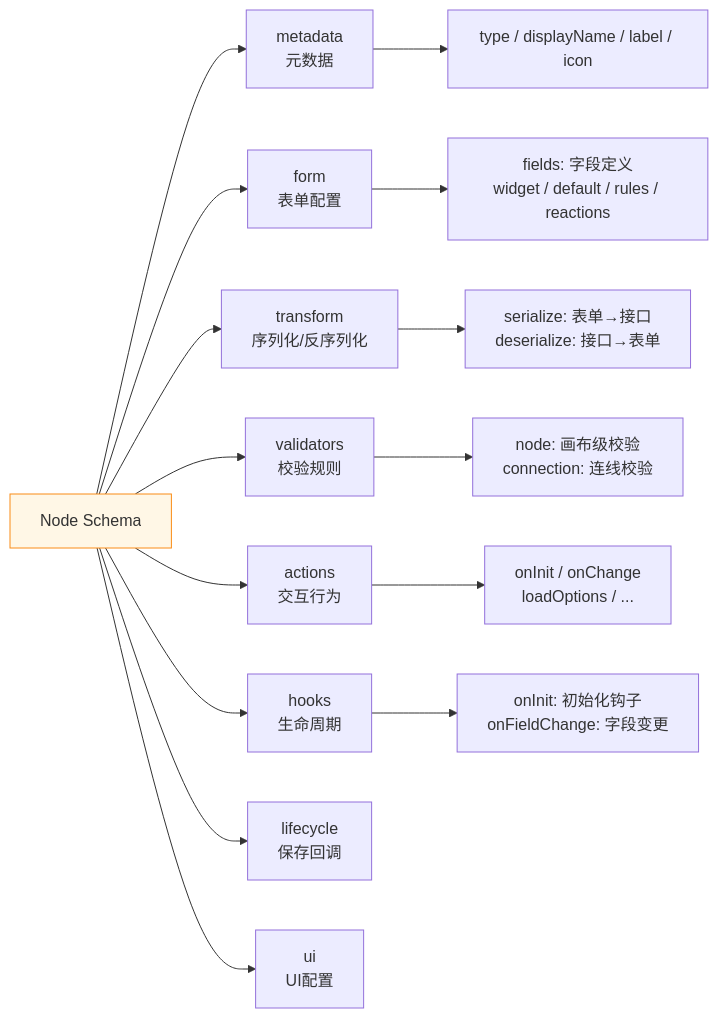
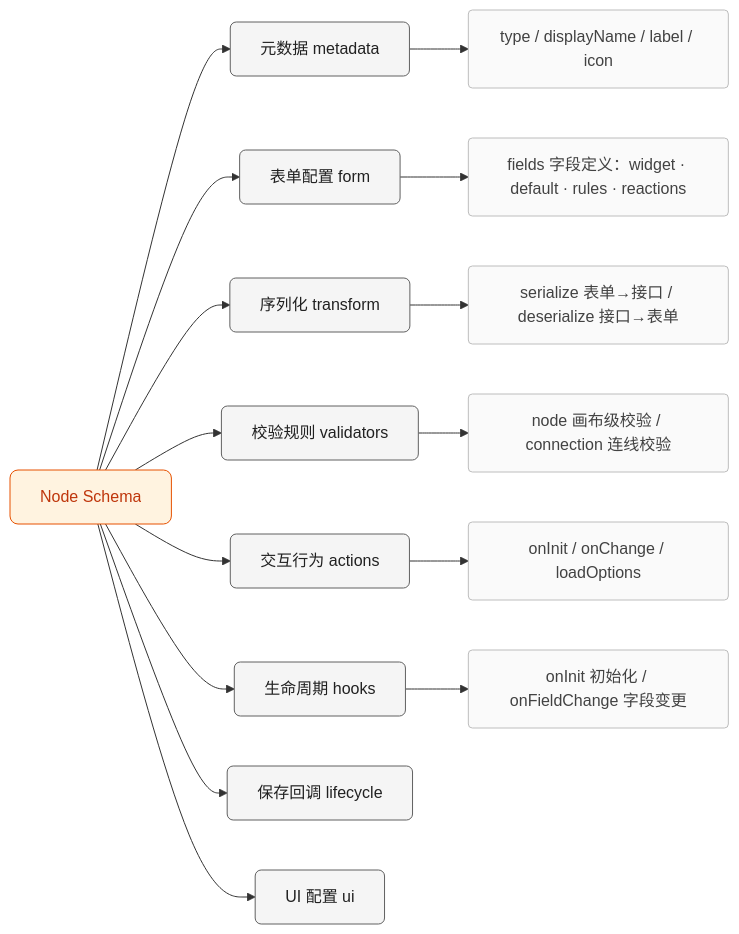
The second of 11 diagrams in docs/exp/javascript/107.md (zhaoky/site), drawn with Mermaid before and after one commit. The commit also changed other lines of this file, not shown here.

Commit message:
feat: 更新文档，重构架构图并增强层级分离描述

````diff
--- a/docs/exp/javascript/107.md
+++ b/docs/exp/javascript/107.md
@@ -64,21 +110,27 @@
 ```mermaid
 graph LR
+    classDef root fill:#FFF3E0,stroke:#E65100,rx:8,color:#BF360C
+    classDef mod fill:#F5F5F5,stroke:#616161,rx:6,color:#212121
+    classDef detail fill:#FAFAFA,stroke:#BDBDBD,rx:4,color:#424242
+
     Schema["Node Schema"]
-    Schema --> M["metadata<br/>元数据"]
-    Schema --> F["form<br/>表单配置"]
-    Schema --> T["transform<br/>序列化/反序列化"]
-    Schema --> V["validators<br/>校验规则"]
-    Schema --> A["actions<br/>交互行为"]
-    Schema --> H["hooks<br/>生命周期"]
-    Schema --> L["lifecycle<br/>保存回调"]
-    Schema --> U["ui<br/>UI配置"]
+    Schema --> M["元数据 metadata"]
+    Schema --> F["表单配置 form"]
+    Schema --> T["序列化 transform"]
+    Schema --> V["校验规则 validators"]
+    Schema --> A["交互行为 actions"]
+    Schema --> H["生命周期 hooks"]
+    Schema --> L["保存回调 lifecycle"]
+    Schema --> U["UI 配置 ui"]
 
     M --> M1["type / displayName / label / icon"]
-    F --> F1["fields: 字段定义<br/>widget / default / rules / reactions"]
-    T --> T1["serialize: 表单→接口<br/>deserialize: 接口→表单"]
-    V --> V1["node: 画布级校验<br/>connection: 连线校验"]
-    A --> A1["onInit / onChange<br/>loadOptions / ..."]
-    H --> H1["onInit: 初始化钩子<br/>onFieldChange: 字段变更"]
+    F --> F1["fields 字段定义：widget · default · rules · reactions"]
+    T --> T1["serialize 表单→接口 / deserialize 接口→表单"]
+    V --> V1["node 画布级校验 / connection 连线校验"]
+    A --> A1["onInit / onChange / loadOptions"]
+    H --> H1["onInit 初始化 / onFieldChange 字段变更"]
 
-    style Schema fill:#fff7e6,stroke:#fa8c16
+    class Schema root
+    class M,F,T,V,A,H,L,U mod
+    class M1,F1,T1,V1,A1,H1 detail
 ```
````
